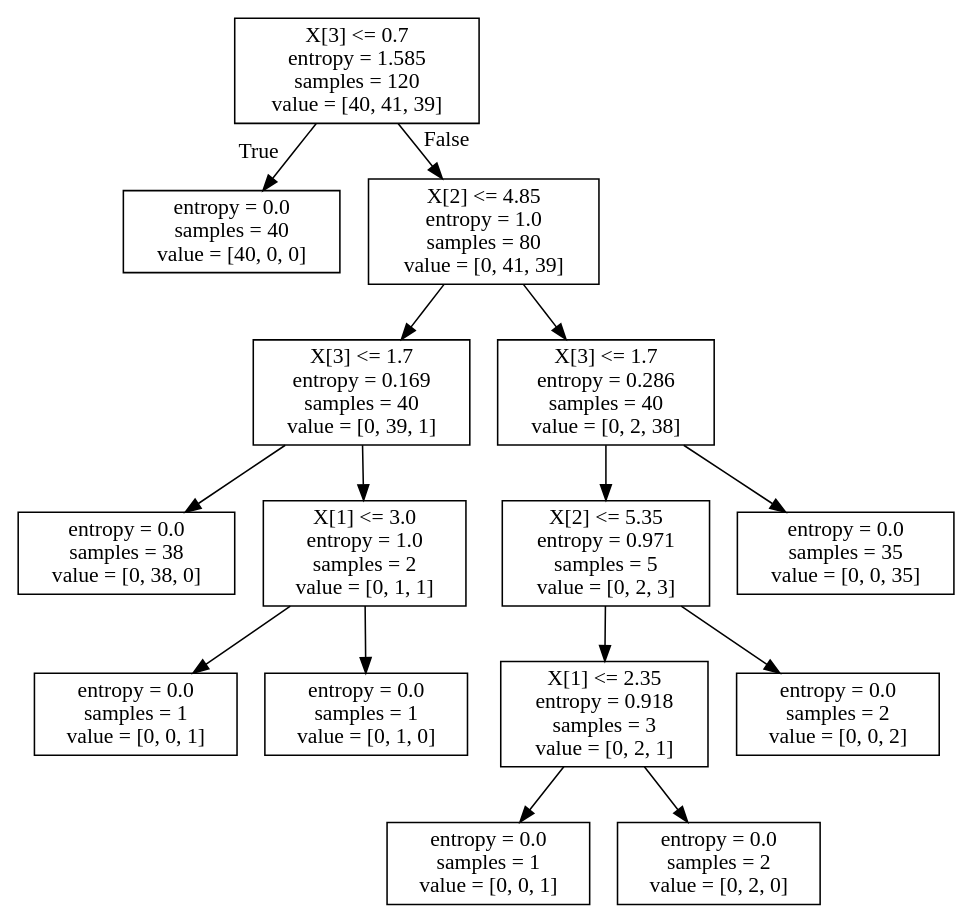
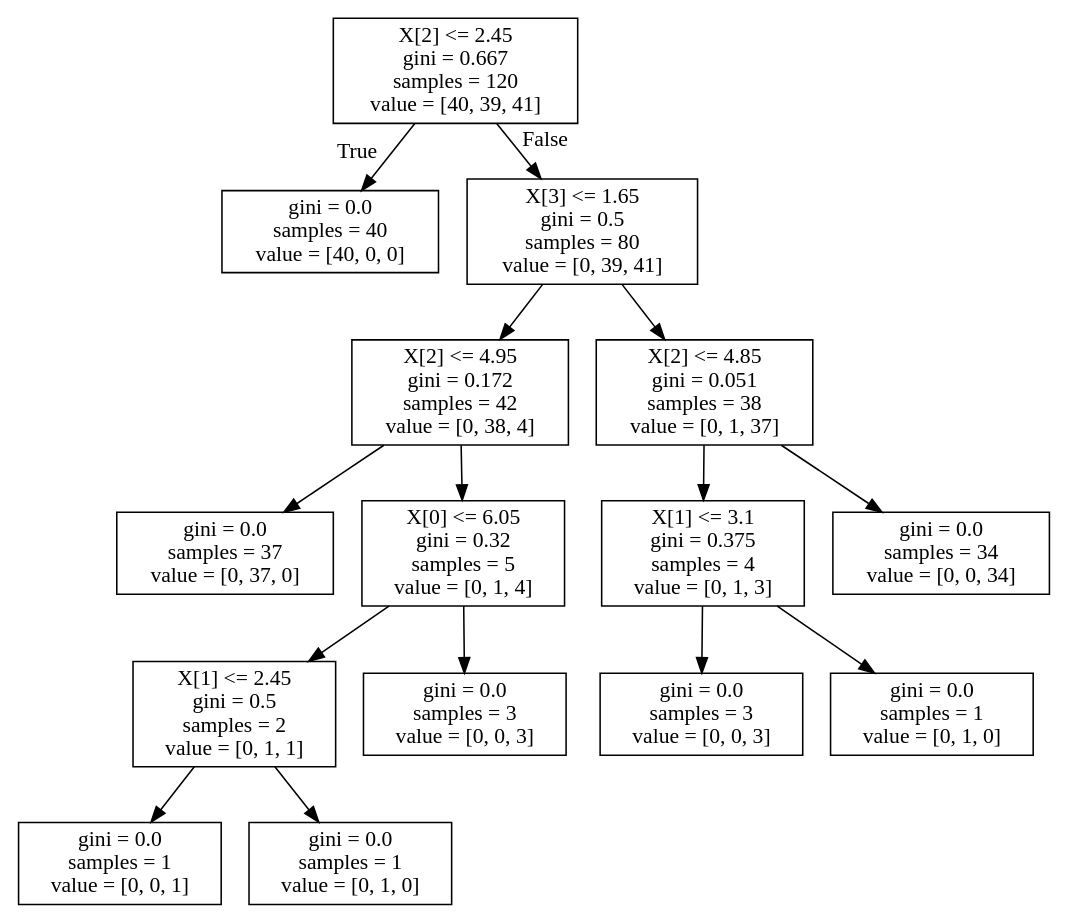
Before and after one commit to QuangNamVu/ML_181: the diagram in img/Iris_Decision_Tree_sklean_gini.dot, drawn with Graphviz. The commit also changed 17 other files, not shown here.

```diff
--- a/img/Iris_Decision_Tree_sklean_gini.dot
+++ b/img/Iris_Decision_Tree_sklean_gini.dot
@@ -1,32 +1,32 @@
 digraph Tree {
 node [shape=box] ;
-0 [label="X[3] <= 0.7\nentropy = 1.585\nsamples = 120\nvalue = [40, 41, 39]"] ;
-1 [label="entropy = 0.0\nsamples = 40\nvalue = [40, 0, 0]"] ;
+0 [label="X[2] <= 2.45\ngini = 0.667\nsamples = 120\nvalue = [40, 39, 41]"] ;
+1 [label="gini = 0.0\nsamples = 40\nvalue = [40, 0, 0]"] ;
 0 -> 1 [labeldistance=2.5, labelangle=45, headlabel="True"] ;
-2 [label="X[2] <= 4.85\nentropy = 1.0\nsamples = 80\nvalue = [0, 41, 39]"] ;
+2 [label="X[3] <= 1.65\ngini = 0.5\nsamples = 80\nvalue = [0, 39, 41]"] ;
 0 -> 2 [labeldistance=2.5, labelangle=-45, headlabel="False"] ;
-3 [label="X[3] <= 1.7\nentropy = 0.169\nsamples = 40\nvalue = [0, 39, 1]"] ;
+3 [label="X[2] <= 4.95\ngini = 0.172\nsamples = 42\nvalue = [0, 38, 4]"] ;
 2 -> 3 ;
-4 [label="entropy = 0.0\nsamples = 38\nvalue = [0, 38, 0]"] ;
+4 [label="gini = 0.0\nsamples = 37\nvalue = [0, 37, 0]"] ;
 3 -> 4 ;
-5 [label="X[1] <= 3.0\nentropy = 1.0\nsamples = 2\nvalue = [0, 1, 1]"] ;
+5 [label="X[0] <= 6.05\ngini = 0.32\nsamples = 5\nvalue = [0, 1, 4]"] ;
 3 -> 5 ;
-6 [label="entropy = 0.0\nsamples = 1\nvalue = [0, 0, 1]"] ;
+6 [label="X[1] <= 2.45\ngini = 0.5\nsamples = 2\nvalue = [0, 1, 1]"] ;
 5 -> 6 ;
-7 [label="entropy = 0.0\nsamples = 1\nvalue = [0, 1, 0]"] ;
-5 -> 7 ;
-8 [label="X[3] <= 1.7\nentropy = 0.286\nsamples = 40\nvalue = [0, 2, 38]"] ;
-2 -> 8 ;
-9 [label="X[2] <= 5.35\nentropy = 0.971\nsamples = 5\nvalue = [0, 2, 3]"] ;
-8 -> 9 ;
-10 [label="X[1] <= 2.35\nentropy = 0.918\nsamples = 3\nvalue = [0, 2, 1]"] ;
-9 -> 10 ;
-11 [label="entropy = 0.0\nsamples = 1\nvalue = [0, 0, 1]"] ;
+7 [label="gini = 0.0\nsamples = 1\nvalue = [0, 0, 1]"] ;
+6 -> 7 ;
+8 [label="gini = 0.0\nsamples = 1\nvalue = [0, 1, 0]"] ;
+6 -> 8 ;
+9 [label="gini = 0.0\nsamples = 3\nvalue = [0, 0, 3]"] ;
+5 -> 9 ;
+10 [label="X[2] <= 4.85\ngini = 0.051\nsamples = 38\nvalue = [0, 1, 37]"] ;
+2 -> 10 ;
+11 [label="X[1] <= 3.1\ngini = 0.375\nsamples = 4\nvalue = [0, 1, 3]"] ;
 10 -> 11 ;
-12 [label="entropy = 0.0\nsamples = 2\nvalue = [0, 2, 0]"] ;
-10 -> 12 ;
-13 [label="entropy = 0.0\nsamples = 2\nvalue = [0, 0, 2]"] ;
-9 -> 13 ;
-14 [label="entropy = 0.0\nsamples = 35\nvalue = [0, 0, 35]"] ;
-8 -> 14 ;
+12 [label="gini = 0.0\nsamples = 3\nvalue = [0, 0, 3]"] ;
+11 -> 12 ;
+13 [label="gini = 0.0\nsamples = 1\nvalue = [0, 1, 0]"] ;
+11 -> 13 ;
+14 [label="gini = 0.0\nsamples = 34\nvalue = [0, 0, 34]"] ;
+10 -> 14 ;
 }
```
